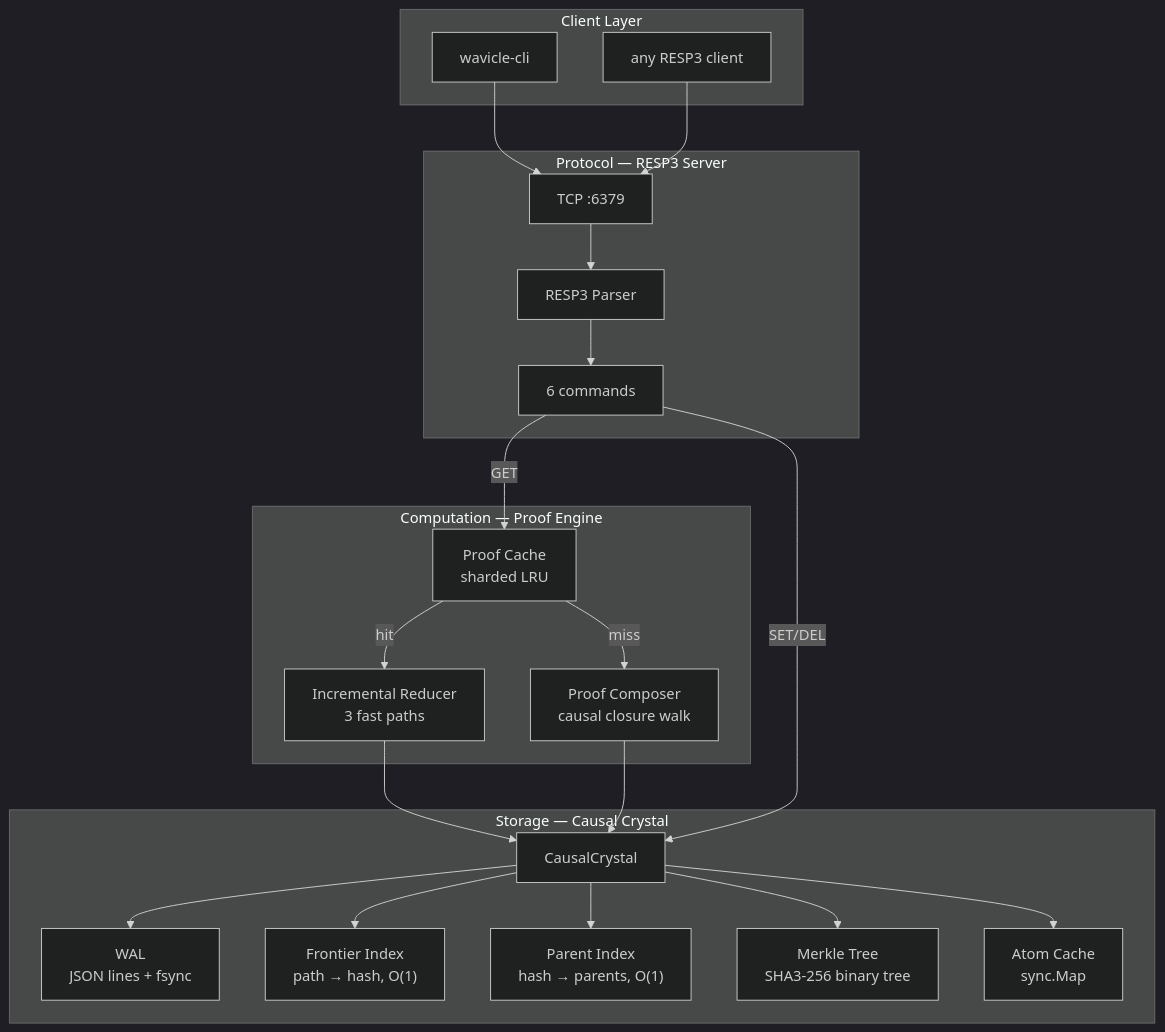
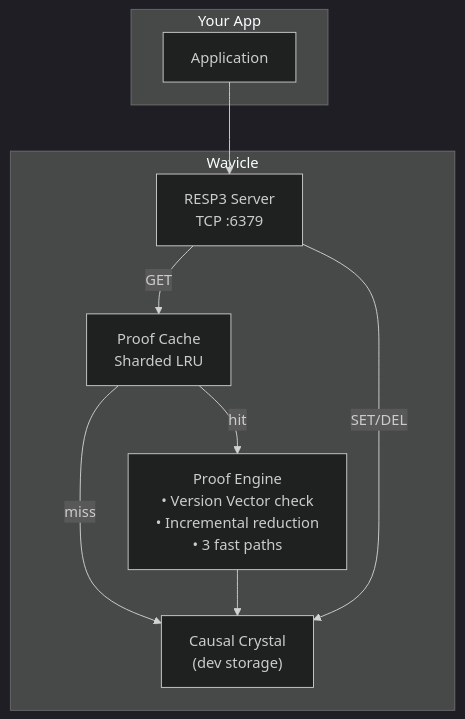
One commit to tanmayjoddar/wavicle changed the first of 2 diagrams in readme.md. Above: the diagram before and after it, drawn with Mermaid (dark theme). The commit also changed other lines of this file and 1 other file, not shown here.

First line of the commit message:
Reposition Wavicle as proof-based caching layer for PostgreSQL

````diff
--- a/readme.md
+++ b/readme.md
@@ -119,41 +38,20 @@
 ```mermaid
 graph TB
-    subgraph "Client Layer"
-        CLI["wavicle-cli"]
-        ANY["any RESP3 client"]
+    subgraph "Your App"
+        APP["Application"]
     end
 
-    subgraph "Protocol — RESP3 Server"
-        TCP["TCP :6379"]
-        PARSE["RESP3 Parser"]
-        CMDS["6 commands"]
+    subgraph "Wavicle"
+        RESP["RESP3 Server<br/>TCP :6379"]
+        PE["Proof Engine<br/>• Version Vector check<br/>• Incremental reduction<br/>• 3 fast paths"]
+        PC["Proof Cache<br/>Sharded LRU"]
+        CRYSTAL["Causal Crystal<br/>(dev storage)"]
     end
 
-    subgraph "Computation — Proof Engine"
-        CACHE["Proof Cache<br/>sharded LRU"]
-        COLD["Proof Composer<br/>causal closure walk"]
-        INCR["Incremental Reducer<br/>3 fast paths"]
-    end
-
-    subgraph "Storage — Causal Crystal"
-        CRYSTAL["CausalCrystal"]
-        WAL["WAL<br/>JSON lines + fsync"]
-        FRONT["Frontier Index<br/>path → hash, O(1)"]
-        PARENT["Parent Index<br/>hash → parents, O(1)"]
-        MERKLE["Merkle Tree<br/>SHA3-256 binary tree"]
-        ATOMCACHE["Atom Cache<br/>sync.Map"]
-    end
-
-    CLI --> TCP
-    ANY --> TCP
-    TCP --> PARSE --> CMDS
-    CMDS -->|GET| CACHE
-    CACHE -->|hit| INCR --> CRYSTAL
-    CACHE -->|miss| COLD --> CRYSTAL
-    CMDS -->|SET/DEL| CRYSTAL
-    CRYSTAL --> WAL
-    CRYSTAL --> FRONT
-    CRYSTAL --> PARENT
-    CRYSTAL --> MERKLE
-    CRYSTAL --> ATOMCACHE
+    APP --> RESP
+    RESP -->|GET| PC
+    PC -->|hit| PE
+    PC -->|miss| CRYSTAL
+    PE --> CRYSTAL
+    RESP -->|SET/DEL| CRYSTAL
 ```
````
